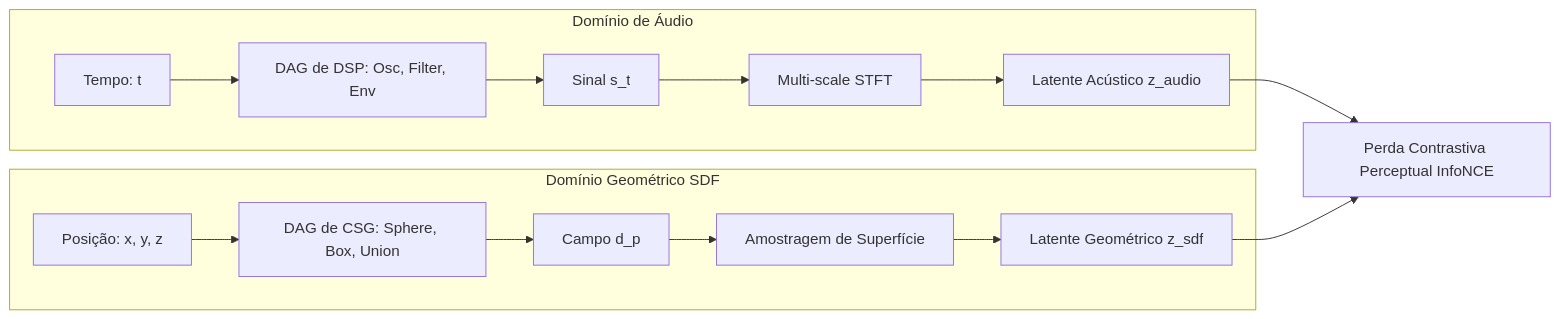
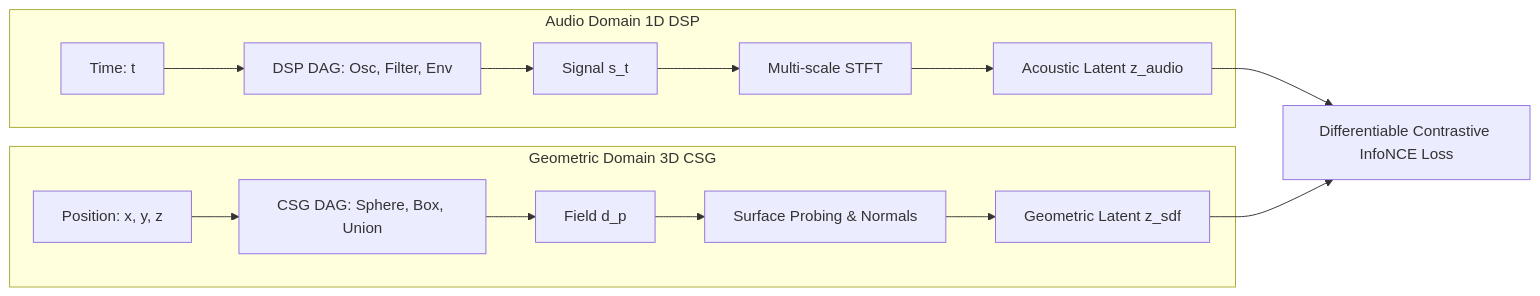
Before and after one commit to racoci/symforge: the second of 3 diagrams in docs/architecture/unified_synthesis_architecture.md, drawn with Mermaid. The commit also changed other lines of this file and 12 other files, not shown here.

Commit message:
docs: translate README and complete architecture documentation to English

````diff
--- a/docs/architecture/unified_synthesis_architecture.md
+++ b/docs/architecture/unified_synthesis_architecture.md
@@ -93,19 +93,19 @@
 ```mermaid
 graph LR
-    subgraph AudioDomain [Domínio de Áudio]
-        A_IN[Tempo: t] --> A_PROG[DAG de DSP: Osc, Filter, Env]
-        A_PROG --> A_OUT[Sinal s_t]
+    subgraph AudioDomain [Audio Domain 1D DSP]
+        A_IN[Time: t] --> A_PROG[DSP DAG: Osc, Filter, Env]
+        A_PROG --> A_OUT[Signal s_t]
         A_OUT --> A_SPEC[Multi-scale STFT]
-        A_SPEC --> A_LAT[Latente Acústico z_audio]
+        A_SPEC --> A_LAT[Acoustic Latent z_audio]
     end
 
-    subgraph SDFDomain [Domínio Geométrico SDF]
-        S_IN[Posição: x, y, z] --> S_PROG[DAG de CSG: Sphere, Box, Union]
-        S_PROG --> S_OUT[Campo d_p]
-        S_OUT --> S_REND[Amostragem de Superfície]
-        S_REND --> S_LAT[Latente Geométrico z_sdf]
+    subgraph SDFDomain [Geometric Domain 3D CSG]
+        S_IN[Position: x, y, z] --> S_PROG[CSG DAG: Sphere, Box, Union]
+        S_PROG --> S_OUT[Field d_p]
+        S_OUT --> S_REND[Surface Probing & Normals]
+        S_REND --> S_LAT[Geometric Latent z_sdf]
     end
 
-    A_LAT --> LOSS_UNI[Perda Contrastiva Perceptual InfoNCE]
+    A_LAT --> LOSS_UNI[Differentiable Contrastive InfoNCE Loss]
     S_LAT --> LOSS_UNI
 ```
````
